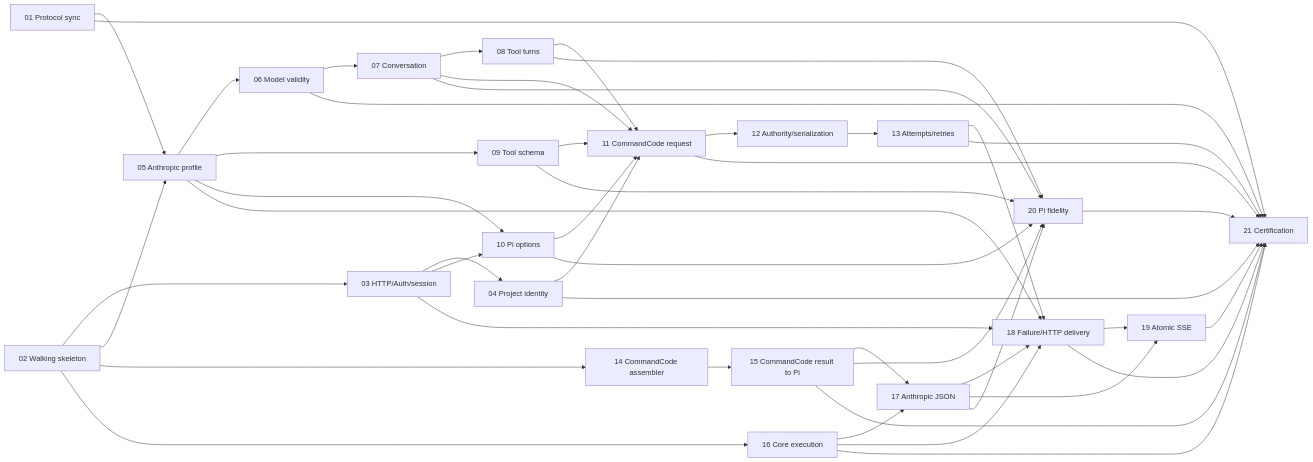
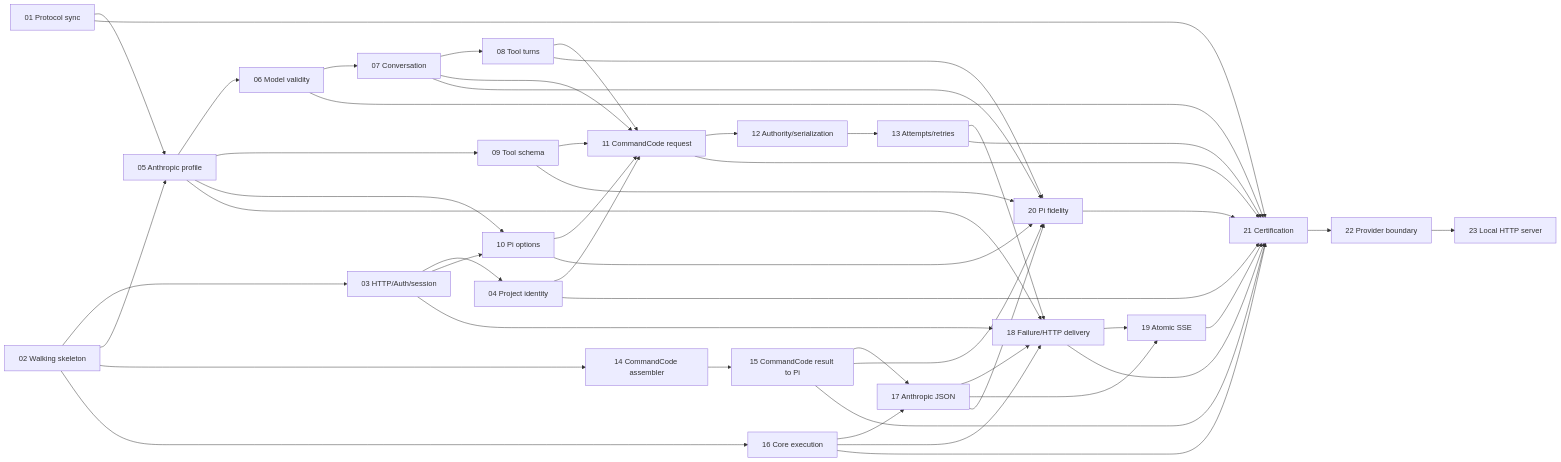
The diagram in .tickets/IMPLEMENTATION.md (keeplearning2026/LuckyToken), drawn with Mermaid before and after one commit. The commit also changed other lines of this file and 22 other files, not shown here.

````diff
--- a/.tickets/IMPLEMENTATION.md
+++ b/.tickets/IMPLEMENTATION.md
@@ -115,48 +118,50 @@
 ```mermaid
 flowchart LR
   T01["01 Protocol sync"] --> T05["05 Anthropic profile"]
   T02["02 Walking skeleton"] --> T03["03 HTTP/Auth/session"]
   T02 --> T05
   T02 --> T14["14 CommandCode assembler"]
   T02 --> T16["16 Core execution"]
   T03 --> T04["04 Project identity"]
   T03 --> T10["10 Pi options"]
   T05 --> T06["06 Model validity"]
   T05 --> T09["09 Tool schema"]
   T05 --> T10
   T06 --> T07["07 Conversation"]
   T07 --> T08["08 Tool turns"]
   T04 --> T11["11 CommandCode request"]
   T07 --> T11
   T08 --> T11
   T09 --> T11
   T10 --> T11
   T11 --> T12["12 Authority/serialization"]
   T12 --> T13["13 Attempts/retries"]
   T14 --> T15["15 CommandCode result to Pi"]
   T15 --> T17["17 Anthropic JSON"]
   T16 --> T17
   T03 --> T18["18 Failure/HTTP delivery"]
   T05 --> T18
   T13 --> T18
   T16 --> T18
   T17 --> T18
   T17 --> T19["19 Atomic SSE"]
   T18 --> T19
   T07 --> T20["20 Pi fidelity"]
   T08 --> T20
   T09 --> T20
   T10 --> T20
   T15 --> T20
   T17 --> T20
   T01 --> T21["21 Certification"]
   T04 --> T21
   T06 --> T21
   T11 --> T21
   T13 --> T21
   T15 --> T21
   T16 --> T21
   T18 --> T21
   T19 --> T21
   T20 --> T21
+  T21 --> T22["22 Provider boundary"]
+  T22 --> T23["23 Local HTTP server"]
 ```
````
